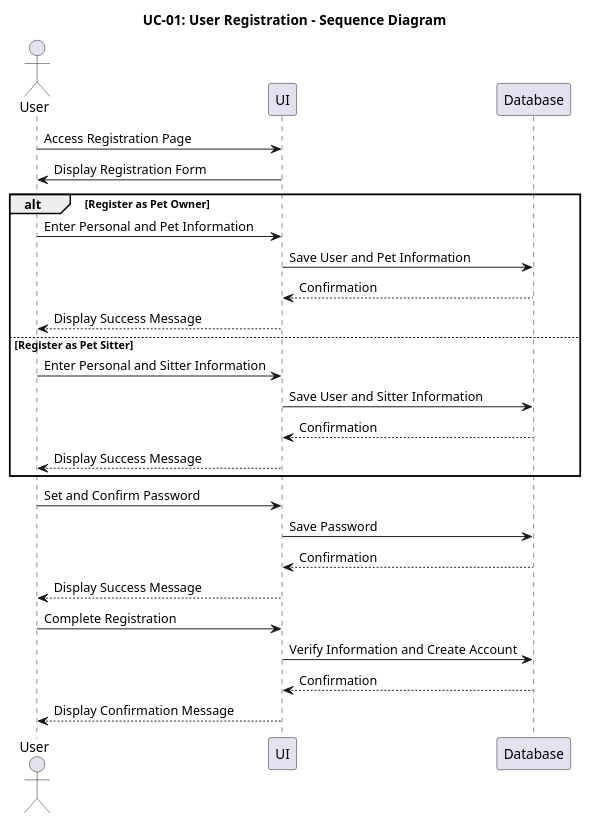
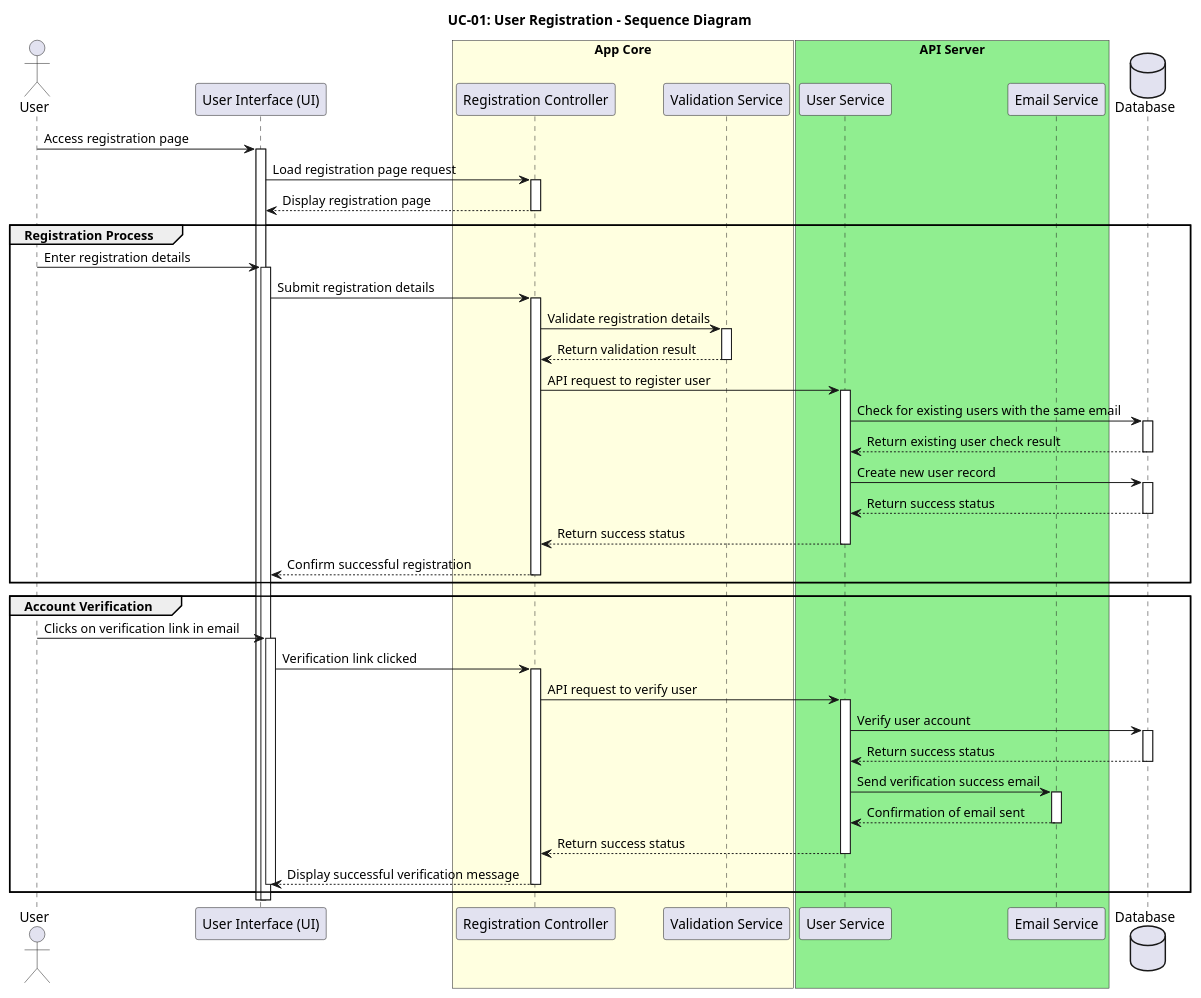
Before and after one commit to IrenePorta/PetSitters: the diagram in Documents/PlantUML/UC-01_SEQUENCE_Diagram.puml, drawn with PlantUML.

```diff
--- a/Documents/PlantUML/UC-01_SEQUENCE_Diagram.puml
+++ b/Documents/PlantUML/UC-01_SEQUENCE_Diagram.puml
@@ -1,33 +1,91 @@
 @startuml
 title UC-01: User Registration - Sequence Diagram
 
-actor User
-participant UI
-participant Database
+actor "User" as user
+participant "User Interface (UI)" as ui
+box "App Core" #LightYellow
+  participant "Registration Controller" as regCtrl
+  participant "Validation Service" as valService
+end box
+box "API Server" #LightGreen
+  participant "User Service" as userService
+  participant "Email Service" as emailService
+end box
+database "Database" as db
 
-User -> UI : Access Registration Page
-UI -> User : Display Registration Form
+user -> ui: Access registration page
+activate ui
 
-alt Register as Pet Owner
-    User -> UI : Enter Personal and Pet Information
-    UI -> Database : Save User and Pet Information
-    Database --> UI : Confirmation
-    UI --> User : Display Success Message
-else Register as Pet Sitter
-    User -> UI : Enter Personal and Sitter Information
-    UI -> Database : Save User and Sitter Information
-    Database --> UI : Confirmation
-    UI --> User : Display Success Message
-end
+ui -> regCtrl: Load registration page request
+activate regCtrl
 
-User -> UI : Set and Confirm Password
-UI -> Database : Save Password
-Database --> UI : Confirmation
-UI --> User : Display Success Message
+regCtrl --> ui: Display registration page
+deactivate regCtrl
 
-User -> UI : Complete Registration
-UI -> Database : Verify Information and Create Account
-Database --> UI : Confirmation
-UI --> User : Display Confirmation Message
+group Registration Process
+    user -> ui: Enter registration details
+    activate ui
+
+    ui -> regCtrl: Submit registration details
+    activate regCtrl
+
+    regCtrl -> valService: Validate registration details
+    activate valService
+
+    valService --> regCtrl: Return validation result
+    deactivate valService
+
+    regCtrl -> userService: API request to register user
+    activate userService
+
+    userService -> db: Check for existing users with the same email
+    activate db
+
+    db --> userService: Return existing user check result
+    deactivate db
+
+    userService -> db: Create new user record
+    activate db
+
+    db --> userService: Return success status
+    deactivate db
+
+    userService --> regCtrl: Return success status
+    deactivate userService
+
+    regCtrl --> ui: Confirm successful registration
+    deactivate regCtrl
+end group
+
+group Account Verification
+    user -> ui: Clicks on verification link in email
+    activate ui
+
+    ui -> regCtrl: Verification link clicked
+    activate regCtrl
+
+    regCtrl -> userService: API request to verify user
+    activate userService
+
+    userService -> db: Verify user account
+    activate db
+
+    db --> userService: Return success status
+    deactivate db
+
+    userService -> emailService: Send verification success email
+    activate emailService
+
+    emailService --> userService: Confirmation of email sent
+    deactivate emailService
+
+    userService --> regCtrl: Return success status
+    deactivate userService
+
+    regCtrl --> ui: Display successful verification message
+    deactivate regCtrl
+
+    deactivate ui
+end group
 
 @enduml
```
